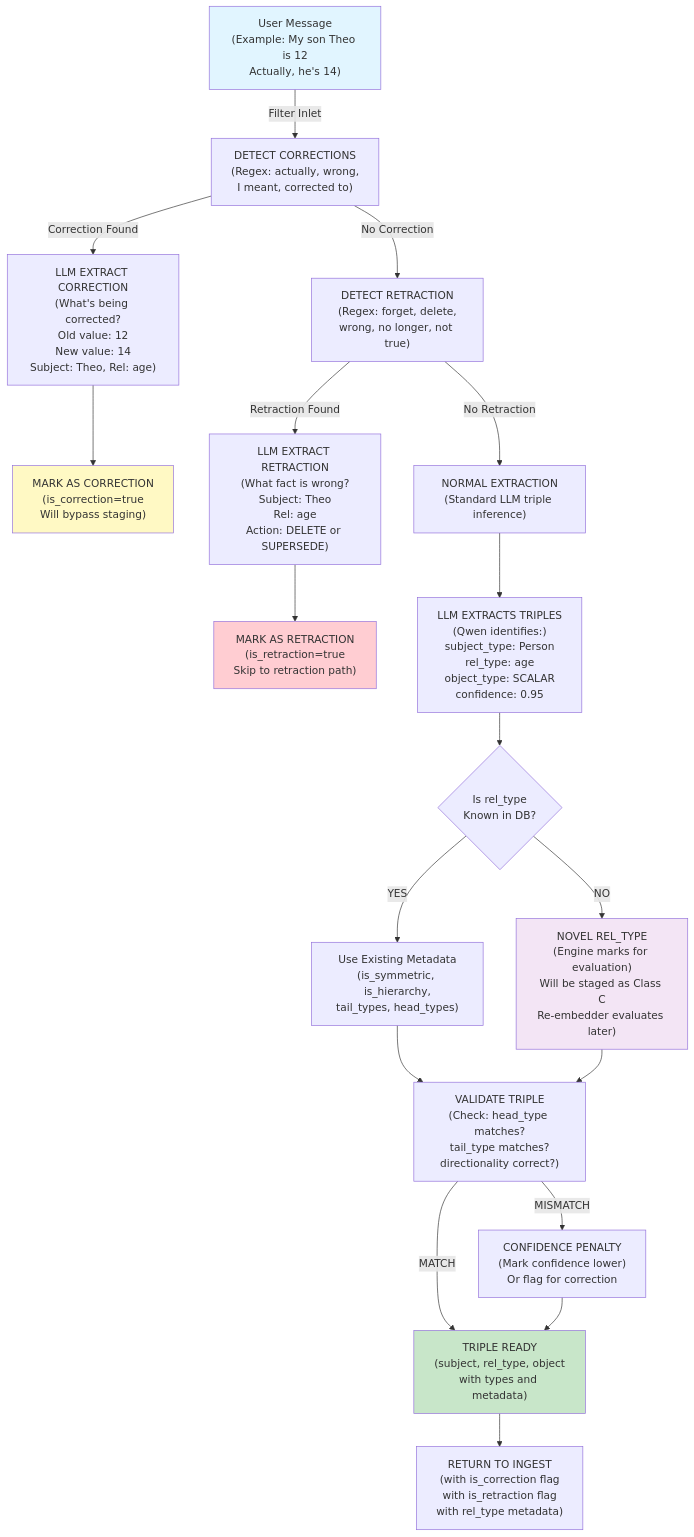
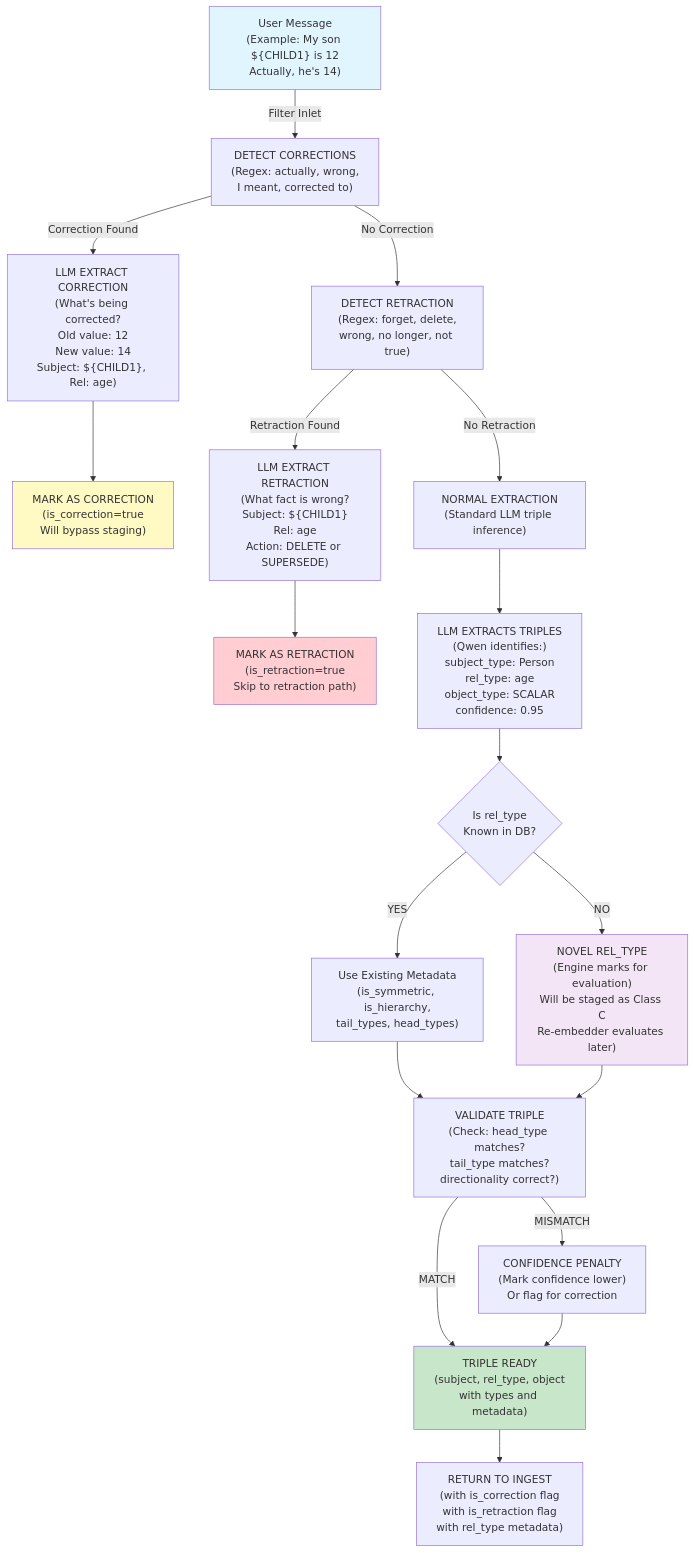
The first of 3 diagrams in docs/FLOWCHARTS-INGEST-RECALL.md (tkalevra/FaultLine), drawn with Mermaid before and after one commit. The commit also changed other lines of this file and 128 other files, not shown here.

````diff
--- a/docs/FLOWCHARTS-INGEST-RECALL.md
+++ b/docs/FLOWCHARTS-INGEST-RECALL.md
@@ -11,42 +11,42 @@
 ```mermaid
 graph TD
-    A["User Message<br/>(Example: My son Theo is 12<br/>Actually, he's 14)"] -->|Filter Inlet| B["DETECT CORRECTIONS<br/>(Regex: actually, wrong,<br/>I meant, corrected to)"]
+    A["User Message<br/>(Example: My son ${CHILD1} is 12<br/>Actually, he's 14)"] -->|Filter Inlet| B["DETECT CORRECTIONS<br/>(Regex: actually, wrong,<br/>I meant, corrected to)"]
     
-    B -->|Correction Found| C["LLM EXTRACT CORRECTION<br/>(What's being corrected?<br/>Old value: 12<br/>New value: 14<br/>Subject: Theo, Rel: age)"]
+    B -->|Correction Found| C["LLM EXTRACT CORRECTION<br/>(What's being corrected?<br/>Old value: 12<br/>New value: 14<br/>Subject: ${CHILD1}, Rel: age)"]
     
     C --> D["MARK AS CORRECTION<br/>(is_correction=true<br/>Will bypass staging)"]
     
     B -->|No Correction| E["DETECT RETRACTION<br/>(Regex: forget, delete,<br/>wrong, no longer, not true)"]
     
-    E -->|Retraction Found| F["LLM EXTRACT RETRACTION<br/>(What fact is wrong?<br/>Subject: Theo<br/>Rel: age<br/>Action: DELETE or SUPERSEDE)"]
+    E -->|Retraction Found| F["LLM EXTRACT RETRACTION<br/>(What fact is wrong?<br/>Subject: ${CHILD1}<br/>Rel: age<br/>Action: DELETE or SUPERSEDE)"]
     
     F --> G["MARK AS RETRACTION<br/>(is_retraction=true<br/>Skip to retraction path)"]
     
     E -->|No Retraction| H["NORMAL EXTRACTION<br/>(Standard LLM triple inference)"]
     
     H --> I["LLM EXTRACTS TRIPLES<br/>(Qwen identifies:)<br/>subject_type: Person<br/>rel_type: age<br/>object_type: SCALAR<br/>confidence: 0.95"]
     
     I --> J{Is rel_type<br/>Known in DB?}
     
     J -->|YES| K["Use Existing Metadata<br/>(is_symmetric, is_hierarchy,<br/>tail_types, head_types)"]
     
     J -->|NO| L["NOVEL REL_TYPE<br/>(Engine marks for evaluation)<br/>Will be staged as Class C<br/>Re-embedder evaluates later)"]
     
     K --> M["VALIDATE TRIPLE<br/>(Check: head_type matches?<br/>tail_type matches?<br/>directionality correct?)"]
     
     L --> M
     
     M -->|MISMATCH| N["CONFIDENCE PENALTY<br/>(Mark confidence lower)<br/>Or flag for correction"]
     
     M -->|MATCH| O["TRIPLE READY<br/>(subject, rel_type, object<br/>with types and metadata)"]
     
     N --> O
     
     O --> P["RETURN TO INGEST<br/>(with is_correction flag<br/>with is_retraction flag<br/>with rel_type metadata)"]
     
     style A fill:#e1f5ff
     style D fill:#fff9c4
     style G fill:#ffcdd2
     style L fill:#f3e5f5
     style O fill:#c8e6c9
 ```
````
